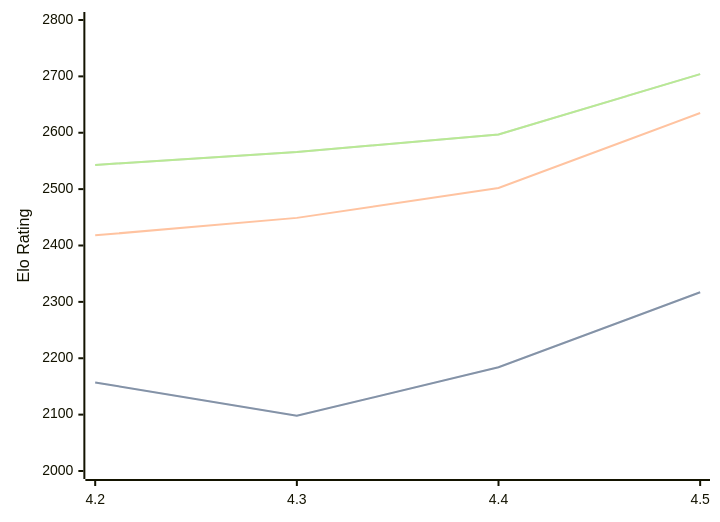
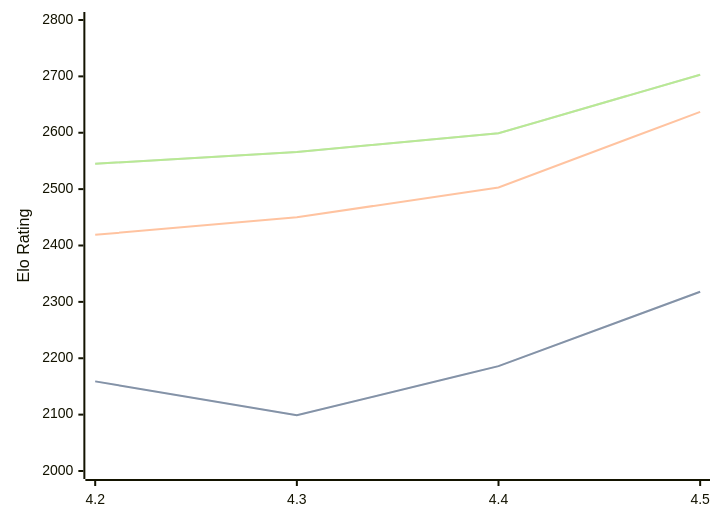
Before and after one commit to computer-chess-index/cci: the diagram in engines/Eubos.md, drawn with Mermaid. The commit also changed other lines of this file, not shown here.

Commit message:
Update CCI Ratings (ELO VLTC) - 2026-08-26

````diff
--- a/engines/Eubos.md
+++ b/engines/Eubos.md
@@ -34,11 +34,11 @@
 ```mermaid
 %%{init: {"theme":"base","themeVariables":{"seriesColors:['#a3a3a3','#222221','#faa371']}}}%%
 xychart-beta
   x-axis ["4.2", "4.3", "4.4", "4.5"]
   y-axis "Elo Rating" 2000 --> 2800
-  line "STC (8.0+0.08s)" [2157, 2098, 2184, 2317]
-  line "STC (8.0+0.08s)" [2157, 2098, 2184, 2317]
-  line "LTC (60.0+0.60s)" [2418, 2449, 2502, 2635]
-  line "VLTC (2m24s+1.12s)" [2543, 2566, 2597, 2704]
-  line "VLTC (2m24s+1.12s)" [2543, 2566, 2597, 2704]
+  line "STC (8.0+0.08s)" [2159, 2099, 2186, 2318]
+  line "STC (8.0+0.08s)" [2159, 2099, 2186, 2318]
+  line "LTC (60.0+0.60s)" [2419, 2450, 2503, 2637]
+  line "VLTC (2m24s+1.12s)" [2545, 2566, 2599, 2703]
+  line "VLTC (2m24s+1.12s)" [2545, 2566, 2599, 2703]
 ```
````
